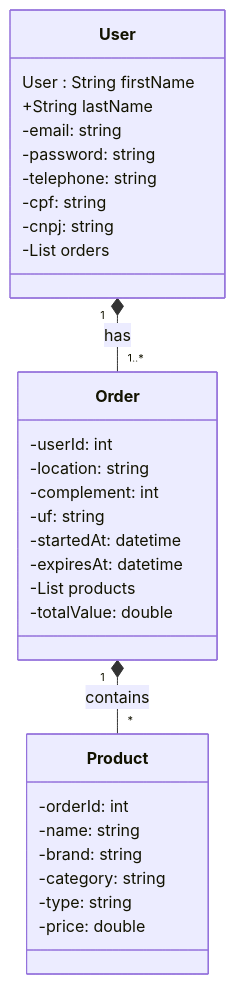
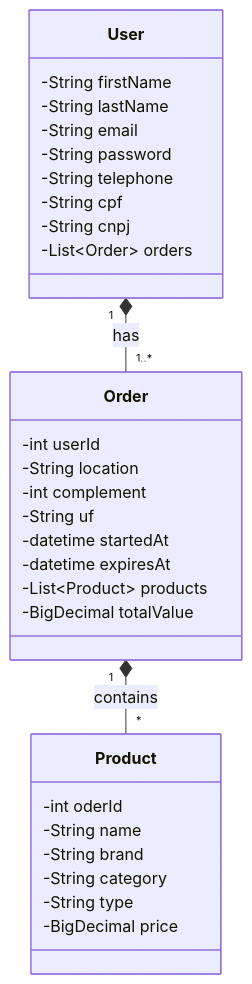
Before and after one commit to lucasvir/luzcameraacao-api: the diagram in README.md, drawn with Mermaid.

````diff
--- a/README.md
+++ b/README.md
@@ -5,36 +5,36 @@
 ```mermaid
 classDiagram
     class User {
-        User : String firstName
-        +String lastName
-        -email: string
-        -password: string
-        -telephone: string
-        -cpf: string
-        -cnpj: string
-        -List<Order> orders
+        -String firstName
+        -String lastName
+        -String email
+        -String password
+        -String telephone
+        -String cpf
+        -String cnpj
+        -List~Order~ orders
     }
     
     class Order {
-        -userId: int
-        -location: string
-        -complement: int
-        -uf: string
-        -startedAt: datetime
-        -expiresAt: datetime
-        -List<Product> products
-        -totalValue: double
+        -int userId
+        -String location
+        -int complement
+        -String uf
+        -datetime startedAt
+        -datetime expiresAt
+        -List~Product~ products
+        -BigDecimal totalValue
     }
     
     class Product {
-        -orderId: int
-        -name: string
-        -brand: string
-        -category: string
-        -type: string
-        -price: double
+        -int oderId
+        -String name
+        -String brand        
+        -String category
+        -String type
+        -BigDecimal price    
     }
     
     User "1" *-- "1..*" Order : has
     Order "1" *-- "*" Product : contains
 ```
````
